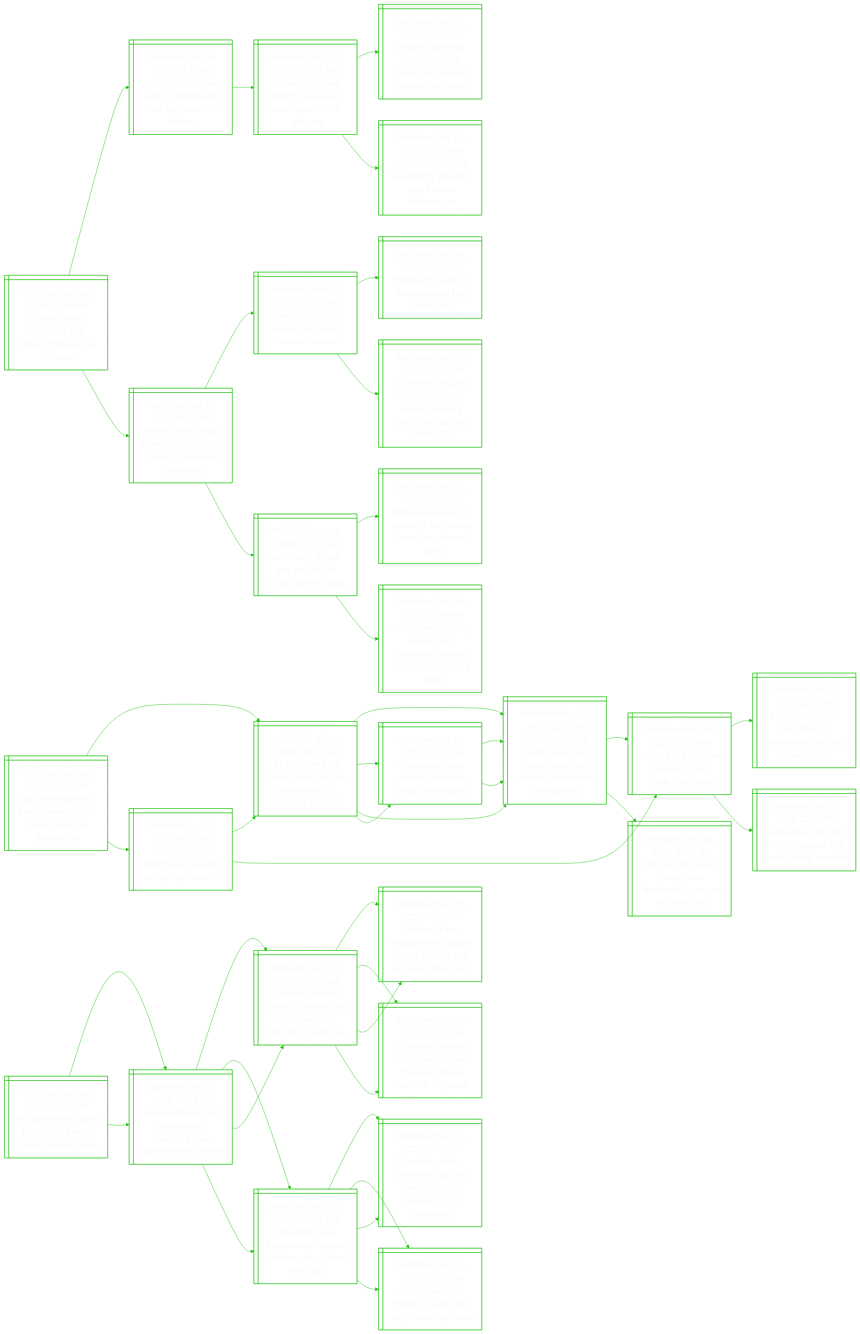
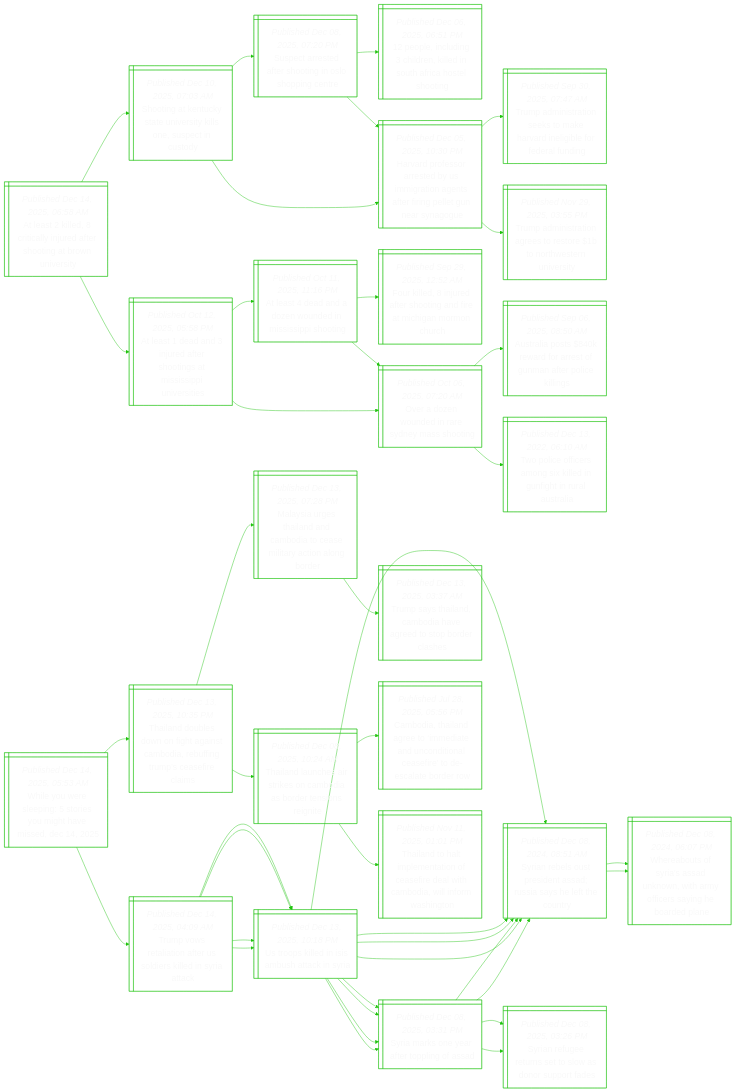
The diagram in README.md (notJmes/notJmes), drawn with Mermaid before and after one commit. The commit also changed other lines of this file, not shown here.

````diff
--- a/README.md
+++ b/README.md
@@ -16,133 +16,133 @@
 flowchart LR
 classDef txtsize font-size:20px;
 
-Shurcmlovwal@{ shape: win-pane, label: "_Published Dec 14, 2025, 03:12 AM_
-‘stop the slaughter’: french farmers block roads over cow disease cull" }
-Bleprnewiir@{ shape: win-pane, label: "_Published Jul 30, 2025, 08:10 AM_
-Bird flu wiped out poultry, and now the screw worm is coming for beef" }
-Mogcessrougerw@{ shape: win-pane, label: "_Published May 14, 2025, 12:12 AM_
-Mexico to tighten cattle flows from south, rules out shutting border over screwworm" }
-SdfronitSy@{ shape: win-pane, label: "_Published Feb 06, 2025, 05:33 AM_
-Second bird flu strain found in us dairy cattle, usda says" }
-UsncesanSaa@{ shape: win-pane, label: "_Published Apr 14, 2025, 01:21 AM_
-Uk says ‘will never change food standards’ in any us-uk trade deal" }
-SesMothnem@{ shape: win-pane, label: "_Published Jul 11, 2025, 09:53 PM_
-Sniffer dogs help mexico fight flesh-eating screwworm" }
-Mogcessrougerw@{ shape: win-pane, label: "_Published May 14, 2025, 12:12 AM_
-Mexico to tighten cattle flows from south, rules out shutting border over screwworm" }
-Mogcessrougerw@{ shape: win-pane, label: "_Published May 14, 2025, 12:12 AM_
-Mexico to tighten cattle flows from south, rules out shutting border over screwworm" }
-Blbboaaaet@{ shape: win-pane, label: "_Published Aug 05, 2025, 09:25 AM_
-Bird flu may be airborne on us dairy farms, say scientists" }
-Bleprnewiir@{ shape: win-pane, label: "_Published Jul 30, 2025, 08:10 AM_
-Bird flu wiped out poultry, and now the screw worm is coming for beef" }
-Mogcessrougerw@{ shape: win-pane, label: "_Published May 14, 2025, 12:12 AM_
-Mexico to tighten cattle flows from south, rules out shutting border over screwworm" }
-SesMothnem@{ shape: win-pane, label: "_Published Jul 11, 2025, 09:53 PM_
-Sniffer dogs help mexico fight flesh-eating screwworm" }
-SdfronitSy@{ shape: win-pane, label: "_Published Feb 06, 2025, 05:33 AM_
-Second bird flu strain found in us dairy cattle, usda says" }
-EoentUtnteih@{ shape: win-pane, label: "_Published Feb 04, 2025, 11:37 PM_
-Egg shortages are now hitting us restaurants, with no relief in sight" }
-Knyiurhuiea@{ shape: win-pane, label: "_Published Jan 28, 2025, 12:10 PM_
-Keeping an eye on bird flu outbreak that could quickly escalate" }
+AsliljasiBUr@{ shape: win-pane, label: "_Published Dec 14, 2025, 06:58 AM_
+At least 2 killed, 8 critically injured after shooting at brown university" }
+SiKcaiileecd@{ shape: win-pane, label: "_Published Dec 10, 2025, 07:03 AM_
+Shooting at kentucky state university kills one, suspect in custody" }
+SceasiOhnt@{ shape: win-pane, label: "_Published Dec 08, 2025, 07:20 PM_
+Suspect arrested after shooting in oslo shopping centre" }
+peucrlnhctog@{ shape: win-pane, label: "_Published Dec 06, 2025, 06:51 PM_
+12 people, including 3 children, killed in south africa hostel shooting" }
+Hrfrsymtgafgenyg@{ shape: win-pane, label: "_Published Dec 05, 2025, 10:30 PM_
+Harvard professor arrested by us immigration agents after firing pellet gun near synagogue" }
+Hrfrsymtgafgenyg@{ shape: win-pane, label: "_Published Dec 05, 2025, 10:30 PM_
+Harvard professor arrested by us immigration agents after firing pellet gun near synagogue" }
+TaiteoHrllfad@{ shape: win-pane, label: "_Published Sep 30, 2025, 07:47 AM_
+Trump administration seeks to make harvard ineligible for federal funding" }
+Taitgtttttns@{ shape: win-pane, label: "_Published Nov 29, 2025, 03:55 PM_
+Trump administration agrees to restore $1b to northwestern university" }
+Asdndrtaspii@{ shape: win-pane, label: "_Published Oct 12, 2025, 05:58 PM_
+At least 1 dead and 3 injured after shootings at mississippi universities" }
+Asddweissi@{ shape: win-pane, label: "_Published Oct 11, 2025, 11:16 PM_
+At least 4 dead and a dozen wounded in mississippi shooting" }
+Fiieeoariamu@{ shape: win-pane, label: "_Published Sep 29, 2025, 12:52 AM_
+Four killed, 8 injured after shooting and fire at michigan mormon church" }
+Odweadaog@{ shape: win-pane, label: "_Published Oct 06, 2025, 07:20 AM_
+Over a dozen wounded in rare sydney mass shooting" }
+Odweadaog@{ shape: win-pane, label: "_Published Oct 06, 2025, 07:20 AM_
+Over a dozen wounded in rare sydney mass shooting" }
+Aaordromtlig@{ shape: win-pane, label: "_Published Sep 06, 2025, 08:50 AM_
+Australia posts $840k reward for arrest of gunman after police killings" }
+Tlfrnkdntrsi@{ shape: win-pane, label: "_Published Dec 13, 2022, 06:10 AM_
+Two police officers among six killed in gunfight in rural australia" }
 
-Shurcmlovwal:::txtsize --> Bleprnewiir:::txtsize
-Bleprnewiir:::txtsize --> Mogcessrougerw:::txtsize
-Mogcessrougerw:::txtsize --> SdfronitSy:::txtsize
-Mogcessrougerw:::txtsize --> UsncesanSaa:::txtsize
-Bleprnewiir:::txtsize --> SesMothnem:::txtsize
-SesMothnem:::txtsize --> Mogcessrougerw:::txtsize
-SesMothnem:::txtsize --> Mogcessrougerw:::txtsize
-Shurcmlovwal:::txtsize --> Blbboaaaet:::txtsize
-Blbboaaaet:::txtsize --> Bleprnewiir:::txtsize
-Bleprnewiir:::txtsize --> Mogcessrougerw:::txtsize
-Bleprnewiir:::txtsize --> SesMothnem:::txtsize
-Blbboaaaet:::txtsize --> SdfronitSy:::txtsize
-SdfronitSy:::txtsize --> EoentUtnteih:::txtsize
-SdfronitSy:::txtsize --> Knyiurhuiea:::txtsize
+AsliljasiBUr:::txtsize --> SiKcaiileecd:::txtsize
+SiKcaiileecd:::txtsize --> SceasiOhnt:::txtsize
+SceasiOhnt:::txtsize --> peucrlnhctog:::txtsize
+SceasiOhnt:::txtsize --> Hrfrsymtgafgenyg:::txtsize
+SiKcaiileecd:::txtsize --> Hrfrsymtgafgenyg:::txtsize
+Hrfrsymtgafgenyg:::txtsize --> TaiteoHrllfad:::txtsize
+Hrfrsymtgafgenyg:::txtsize --> Taitgtttttns:::txtsize
+AsliljasiBUr:::txtsize --> Asdndrtaspii:::txtsize
+Asdndrtaspii:::txtsize --> Asddweissi:::txtsize
+Asddweissi:::txtsize --> Fiieeoariamu:::txtsize
+Asddweissi:::txtsize --> Odweadaog:::txtsize
+Asdndrtaspii:::txtsize --> Odweadaog:::txtsize
+Odweadaog:::txtsize --> Aaordromtlig:::txtsize
+Odweadaog:::txtsize --> Tlfrnkdntrsi:::txtsize
 
-Usrrobooiin@{ shape: win-pane, label: "_Published Dec 14, 2025, 01:44 AM_
-Us says belarus agreed to stop balloon flyovers into lithuania" }
-Laeetmnelfes@{ shape: win-pane, label: "_Published Dec 09, 2025, 09:17 PM_
-Lithuania declares state of emergency over balloons from belarus" }
-LaVuphgvlssp@{ shape: win-pane, label: "_Published Dec 07, 2025, 01:31 AM_
-Lithuania’s vilnius airport shuts again over balloons in its airspace" }
-Buhaeocsaesvt@{ shape: win-pane, label: "_Published Dec 02, 2025, 03:59 AM_
-Belarus, lithuania trade diplomatic barbs over alleged airspace violations" }
-LaoaecunBulP@{ shape: win-pane, label: "_Published Dec 05, 2025, 10:37 PM_
-Lithuania to declare ‘emergency situation’ over belarus balloons: pm" }
-BueenpsnrUecs@{ shape: win-pane, label: "_Published Dec 13, 2025, 08:43 PM_
-Belarus frees nobel winner, top opposition figures as us eases sanctions" }
-DsruasvUn@{ shape: win-pane, label: "_Published Feb 24, 2022, 11:01 AM_
-'darkest hours of europe' as russia invades ukraine" }
-Eshiaalocs@{ shape: win-pane, label: "_Published Feb 24, 2022, 12:41 PM_
-Explosions heard in ukraine capital kyiv, other cities" }
-OaUuakaogrmc@{ shape: win-pane, label: "_Published Feb 24, 2022, 05:20 PM_
-Oil soars to us$105 as russia attacks ukraine, topping us$100 for 1st time since 2014" }
-Uioiaetsesl@{ shape: win-pane, label: "_Published Sep 16, 2025, 12:51 AM_
-Us military officials pay rare visit to russia-belarus drills" }
-BuepnfrpUaa@{ shape: win-pane, label: "_Published Sep 11, 2025, 08:08 PM_
-Belarus releases 52 prisoners after trump appeal, us embassy says" }
-Raeimehsmlderr@{ shape: win-pane, label: "_Published Sep 14, 2025, 04:50 PM_
-Russia flexes military muscle with hypersonic missiles and bombers during drills" }
+WYresemhiD@{ shape: win-pane, label: "_Published Dec 14, 2025, 05:53 AM_
+While you were sleeping: 5 stories you might have missed, dec 14, 2025" }
+TveaaUdkdrt@{ shape: win-pane, label: "_Published Dec 14, 2025, 04:09 AM_
+Trump vows retaliation after us soldiers killed in syria attack" }
+Uolnahcy@{ shape: win-pane, label: "_Published Dec 13, 2025, 10:18 PM_
+Us troops killed in isis ambush attack in syria" }
+SnltiARahtoy@{ shape: win-pane, label: "_Published Dec 08, 2024, 08:51 AM_
+Syrian rebels oust president assad; russia says he left the country" }
+Smoaepoa@{ shape: win-pane, label: "_Published Dec 08, 2025, 03:31 PM_
+Syria marks one year after toppling of assad" }
+Uolnahcy@{ shape: win-pane, label: "_Published Dec 13, 2025, 10:18 PM_
+Us troops killed in isis ambush attack in syria" }
+SnltiARahtoy@{ shape: win-pane, label: "_Published Dec 08, 2024, 08:51 AM_
+Syrian rebels oust president assad; russia says he left the country" }
+Smoaepoa@{ shape: win-pane, label: "_Published Dec 08, 2025, 03:31 PM_
+Syria marks one year after toppling of assad" }
+TaudntnmafTsecs@{ shape: win-pane, label: "_Published Dec 13, 2025, 10:35 PM_
+Thailand doubles down on fight against cambodia, rebuffing trump’s ceasefire claims" }
+Msgadaieirior@{ shape: win-pane, label: "_Published Dec 13, 2025, 07:28 PM_
+Malaysia urges thailand and cambodia to cease military action along border" }
+Tshnbhgtpes@{ shape: win-pane, label: "_Published Dec 13, 2025, 03:37 AM_
+Trump says thailand, cambodia have agreed to stop border clashes" }
+Taustsmareng@{ shape: win-pane, label: "_Published Dec 08, 2025, 10:24 AM_
+Thailand launches air strikes on cambodia as border tensions reignite" }
+Cdademtudnarelor@{ shape: win-pane, label: "_Published Jul 28, 2025, 05:56 PM_
+Cambodia, thailand agree to ‘immediate and unconditional ceasefire’ to de-escalate border row" }
+TahmeicfetbwnWn@{ shape: win-pane, label: "_Published Nov 11, 2025, 01:01 PM_
+Thailand to halt implementation of ceasefire deal with cambodia, will inform washington" }
 
-Usrrobooiin:::txtsize --> Laeetmnelfes:::txtsize
-Laeetmnelfes:::txtsize --> LaVuphgvlssp:::txtsize
-LaVuphgvlssp:::txtsize --> Buhaeocsaesvt:::txtsize
-LaVuphgvlssp:::txtsize --> LaoaecunBulP:::txtsize
-Usrrobooiin:::txtsize --> BueenpsnrUecs:::txtsize
-BueenpsnrUecs:::txtsize --> DsruasvUn:::txtsize
-DsruasvUn:::txtsize --> Eshiaalocs:::txtsize
-DsruasvUn:::txtsize --> OaUuakaogrmc:::txtsize
-BueenpsnrUecs:::txtsize --> Uioiaetsesl:::txtsize
-Uioiaetsesl:::txtsize --> BuepnfrpUaa:::txtsize
-Uioiaetsesl:::txtsize --> Raeimehsmlderr:::txtsize
+WYresemhiD:::txtsize --> TveaaUdkdrt:::txtsize
+TveaaUdkdrt:::txtsize --> Uolnahcy:::txtsize
+Uolnahcy:::txtsize --> SnltiARahtoy:::txtsize
+Uolnahcy:::txtsize --> Smoaepoa:::txtsize
+TveaaUdkdrt:::txtsize --> Uolnahcy:::txtsize
+Uolnahcy:::txtsize --> SnltiARahtoy:::txtsize
+Uolnahcy:::txtsize --> Smoaepoa:::txtsize
+WYresemhiD:::txtsize --> TaudntnmafTsecs:::txtsize
+TaudntnmafTsecs:::txtsize --> Msgadaieirior:::txtsize
+Msgadaieirior:::txtsize --> Tshnbhgtpes:::txtsize
+TaudntnmafTsecs:::txtsize --> Taustsmareng:::txtsize
+Taustsmareng:::txtsize --> Cdademtudnarelor:::txtsize
+Taustsmareng:::txtsize --> TahmeicfetbwnWn:::txtsize
 
-RanatiTssrs@{ shape: win-pane, label: "_Published Dec 14, 2025, 01:13 AM_
-Russian drone attack hits civilian turkish vessel, ukraine says" }
-Racoirmgeins@{ shape: win-pane, label: "_Published Dec 12, 2025, 11:43 PM_
-Russia attacks two ukraine ports, damaging three turkish-owned vessels" }
-UnaRadesiaele@{ shape: win-pane, label: "_Published Dec 11, 2025, 04:22 AM_
-Ukraine disables russian ‘shadow fleet’ vessel with sea drones in black sea" }
-UntaluneBScyca@{ shape: win-pane, label: "_Published Nov 29, 2025, 08:09 PM_
-Ukraine hit two ‘shadow fleet’ russian tankers in black sea, security official says" }
-Eeadsaiuccmoc@{ shape: win-pane, label: "_Published Dec 11, 2025, 01:32 AM_
-European leaders discuss ukraine with trump at ‘critical moment’ for peace" }
-Zssuskekrflo@{ shape: win-pane, label: "_Published Dec 12, 2025, 09:58 PM_
-Zelensky visits kupyansk as ukraine retakes parts of front-line town" }
-UnlyiRaitsuiKn@{ shape: win-pane, label: "_Published Nov 21, 2025, 03:19 AM_
-Ukraine’s military dismisses russia’s claim that it has captured city of kupyansk" }
-Unsltnoiabs@{ shape: win-pane, label: "_Published Dec 03, 2025, 12:53 AM_
-Ukraine says still fighting in pokrovsk, city claimed by russia" }
-Racoirmgeins@{ shape: win-pane, label: "_Published Dec 12, 2025, 11:43 PM_
-Russia attacks two ukraine ports, damaging three turkish-owned vessels" }
-UnaRadesiaele@{ shape: win-pane, label: "_Published Dec 11, 2025, 04:22 AM_
-Ukraine disables russian ‘shadow fleet’ vessel with sea drones in black sea" }
-UntaluneBScyca@{ shape: win-pane, label: "_Published Nov 29, 2025, 08:09 PM_
-Ukraine hit two ‘shadow fleet’ russian tankers in black sea, security official says" }
-Eeadsaiuccmoc@{ shape: win-pane, label: "_Published Dec 11, 2025, 01:32 AM_
-European leaders discuss ukraine with trump at ‘critical moment’ for peace" }
-Zssuskekrflo@{ shape: win-pane, label: "_Published Dec 12, 2025, 09:58 PM_
-Zelensky visits kupyansk as ukraine retakes parts of front-line town" }
-UnlyiRaitsuiKn@{ shape: win-pane, label: "_Published Nov 21, 2025, 03:19 AM_
-Ukraine’s military dismisses russia’s claim that it has captured city of kupyansk" }
-Unsltnoiabs@{ shape: win-pane, label: "_Published Dec 03, 2025, 12:53 AM_
-Ukraine says still fighting in pokrovsk, city claimed by russia" }
+TveaaUdkdrt@{ shape: win-pane, label: "_Published Dec 14, 2025, 04:09 AM_
+Trump vows retaliation after us soldiers killed in syria attack" }
+Uolnahcy@{ shape: win-pane, label: "_Published Dec 13, 2025, 10:18 PM_
+Us troops killed in isis ambush attack in syria" }
+SnltiARahtoy@{ shape: win-pane, label: "_Published Dec 08, 2024, 08:51 AM_
+Syrian rebels oust president assad; russia says he left the country" }
+Wasrsnnafriben@{ shape: win-pane, label: "_Published Dec 08, 2024, 06:07 PM_
+Whereabouts of syria's assad unknown, with army officers saying he boarded plane" }
+Smoaepoa@{ shape: win-pane, label: "_Published Dec 08, 2025, 03:31 PM_
+Syria marks one year after toppling of assad" }
+SnltiARahtoy@{ shape: win-pane, label: "_Published Dec 08, 2024, 08:51 AM_
+Syrian rebels oust president assad; russia says he left the country" }
+Sngtsssrod@{ shape: win-pane, label: "_Published Dec 08, 2025, 03:26 PM_
+Syrian refugee returns set to slow as donor support fades" }
+Uolnahcy@{ shape: win-pane, label: "_Published Dec 13, 2025, 10:18 PM_
+Us troops killed in isis ambush attack in syria" }
+SnltiARahtoy@{ shape: win-pane, label: "_Published Dec 08, 2024, 08:51 AM_
+Syrian rebels oust president assad; russia says he left the country" }
+Wasrsnnafriben@{ shape: win-pane, label: "_Published Dec 08, 2024, 06:07 PM_
+Whereabouts of syria's assad unknown, with army officers saying he boarded plane" }
+Smoaepoa@{ shape: win-pane, label: "_Published Dec 08, 2025, 03:31 PM_
+Syria marks one year after toppling of assad" }
+SnltiARahtoy@{ shape: win-pane, label: "_Published Dec 08, 2024, 08:51 AM_
+Syrian rebels oust president assad; russia says he left the country" }
+Sngtsssrod@{ shape: win-pane, label: "_Published Dec 08, 2025, 03:26 PM_
+Syrian refugee returns set to slow as donor support fades" }
 
-RanatiTssrs:::txtsize --> Racoirmgeins:::txtsize
-Racoirmgeins:::txtsize --> UnaRadesiaele:::txtsize
-UnaRadesiaele:::txtsize --> UntaluneBScyca:::txtsize
-UnaRadesiaele:::txtsize --> Eeadsaiuccmoc:::txtsize
-Racoirmgeins:::txtsize --> Zssuskekrflo:::txtsize
-Zssuskekrflo:::txtsize --> UnlyiRaitsuiKn:::txtsize
-Zssuskekrflo:::txtsize --> Unsltnoiabs:::txtsize
-RanatiTssrs:::txtsize --> Racoirmgeins:::txtsize
-Racoirmgeins:::txtsize --> UnaRadesiaele:::txtsize
-UnaRadesiaele:::txtsize --> UntaluneBScyca:::txtsize
-UnaRadesiaele:::txtsize --> Eeadsaiuccmoc:::txtsize
-Racoirmgeins:::txtsize --> Zssuskekrflo:::txtsize
-Zssuskekrflo:::txtsize --> UnlyiRaitsuiKn:::txtsize
-Zssuskekrflo:::txtsize --> Unsltnoiabs:::txtsize
+TveaaUdkdrt:::txtsize --> Uolnahcy:::txtsize
+Uolnahcy:::txtsize --> SnltiARahtoy:::txtsize
+SnltiARahtoy:::txtsize --> Wasrsnnafriben:::txtsize
+Uolnahcy:::txtsize --> Smoaepoa:::txtsize
+Smoaepoa:::txtsize --> SnltiARahtoy:::txtsize
+Smoaepoa:::txtsize --> Sngtsssrod:::txtsize
+TveaaUdkdrt:::txtsize --> Uolnahcy:::txtsize
+Uolnahcy:::txtsize --> SnltiARahtoy:::txtsize
+SnltiARahtoy:::txtsize --> Wasrsnnafriben:::txtsize
+Uolnahcy:::txtsize --> Smoaepoa:::txtsize
+Smoaepoa:::txtsize --> SnltiARahtoy:::txtsize
+Smoaepoa:::txtsize --> Sngtsssrod:::txtsize
 
 ```
````
